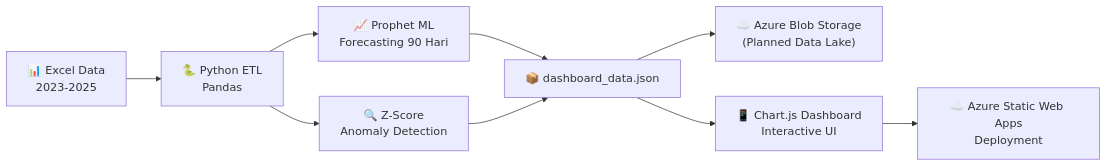
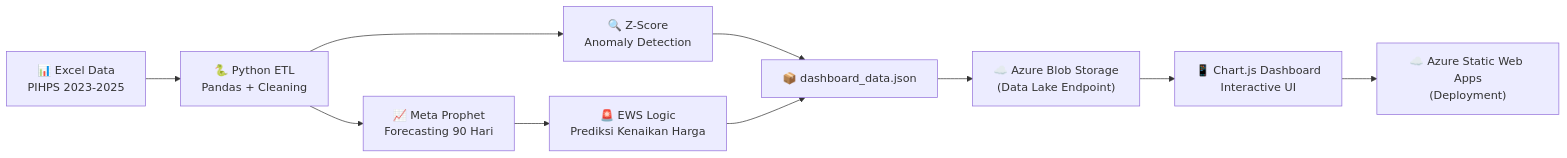
One commit to aceh-resilience-monitor/.github changed the diagram in profile/README.md. Above: the diagram before and after it, drawn with Mermaid. The commit also changed other lines of this file, not shown here.

````diff
--- a/profile/README.md
+++ b/profile/README.md
@@ -20,11 +35,12 @@
 ```mermaid
 graph LR
-    A["📊 Excel Data<br/>2023-2025"] --> B["🐍 Python ETL<br/>Pandas"]
-    B --> C["📈 Prophet ML<br/>Forecasting 90 Hari"]
+    A["📊 Excel Data<br/>PIHPS 2023-2025"] --> B["🐍 Python ETL<br/>Pandas + Cleaning"]
+    B --> C["📈 Meta Prophet<br/>Forecasting 90 Hari"]
     B --> D["🔍 Z-Score<br/>Anomaly Detection"]
-    C --> F["📦 dashboard_data.json"]
-    D --> F
-    F --> I["☁️ Azure Blob Storage<br/>(Planned Data Lake)"]
-    F --> G["📱 Chart.js Dashboard<br/>Interactive UI"]
-    G --> H["☁️ Azure Static Web Apps<br/>Deployment"]
+    C --> E["🚨 EWS Logic<br/>Prediksi Kenaikan Harga"]
+    D --> F["📦 dashboard_data.json"]
+    E --> F
+    F --> G["☁️ Azure Blob Storage<br/>(Data Lake Endpoint)"]
+    G --> H["📱 Chart.js Dashboard<br/>Interactive UI"]
+    H --> I["☁️ Azure Static Web Apps<br/>(Deployment)"]
 ```
````
